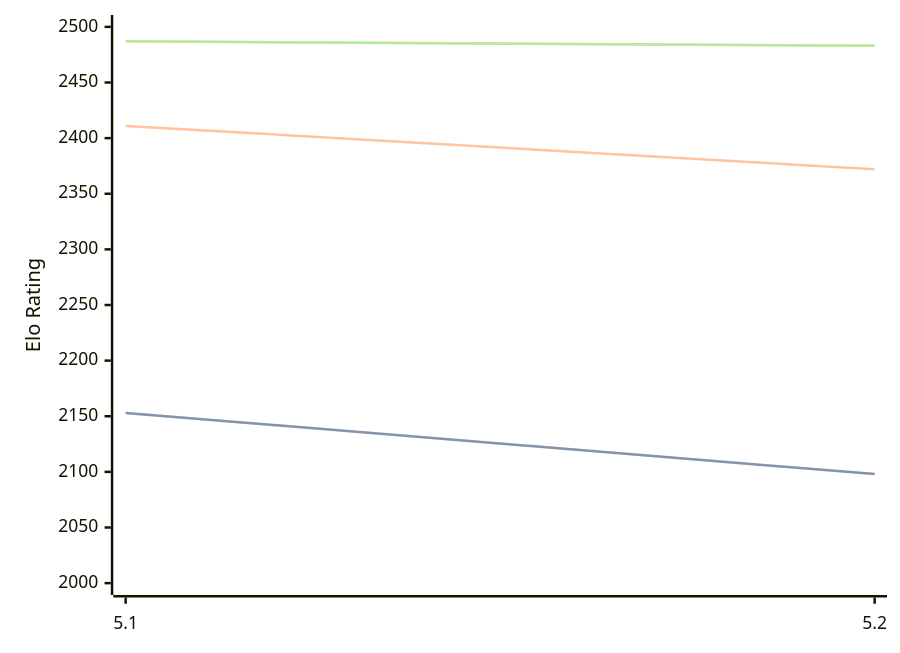
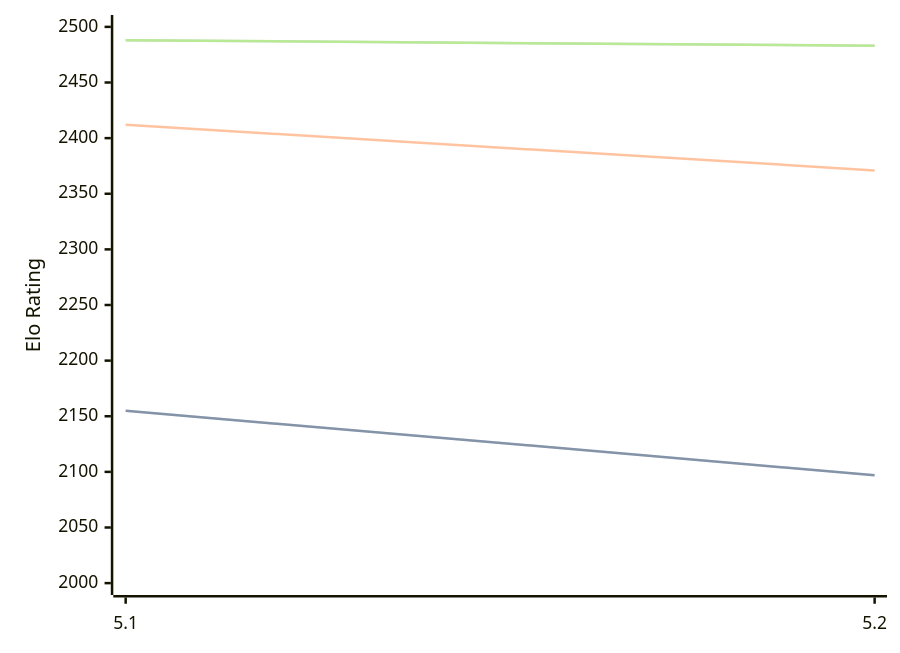
The diagram in engines/Prophet.md (computer-chess-index/cci), drawn with Mermaid before and after one commit. The commit also changed other lines of this file, not shown here.

Commit message:
Update CCI Ratings (ELO VLTC) - 2026-08-15

````diff
--- a/engines/Prophet.md
+++ b/engines/Prophet.md
@@ -32,11 +32,11 @@
 ```mermaid
 %%{init: {"theme":"base","themeVariables":{"seriesColors:['#a3a3a3','#222221','#faa371']}}}%%
 xychart-beta
   x-axis ["5.1", "5.2"]
   y-axis "Elo Rating" 2000 --> 2500
-  line "STC (8.0+0.08s)" [2153, 2098]
-  line "STC (8.0+0.08s)" [2153, 2098]
-  line "LTC (60.0+0.60s)" [2411, 2372]
-  line "VLTC (2m24s+1.12s)" [2487, 2483]
-  line "VLTC (2m24s+1.12s)" [2487, 2483]
+  line "STC (8.0+0.08s)" [2155, 2097]
+  line "STC (8.0+0.08s)" [2155, 2097]
+  line "LTC (60.0+0.60s)" [2412, 2371]
+  line "VLTC (2m24s+1.12s)" [2488, 2483]
+  line "VLTC (2m24s+1.12s)" [2488, 2483]
 ```
````
